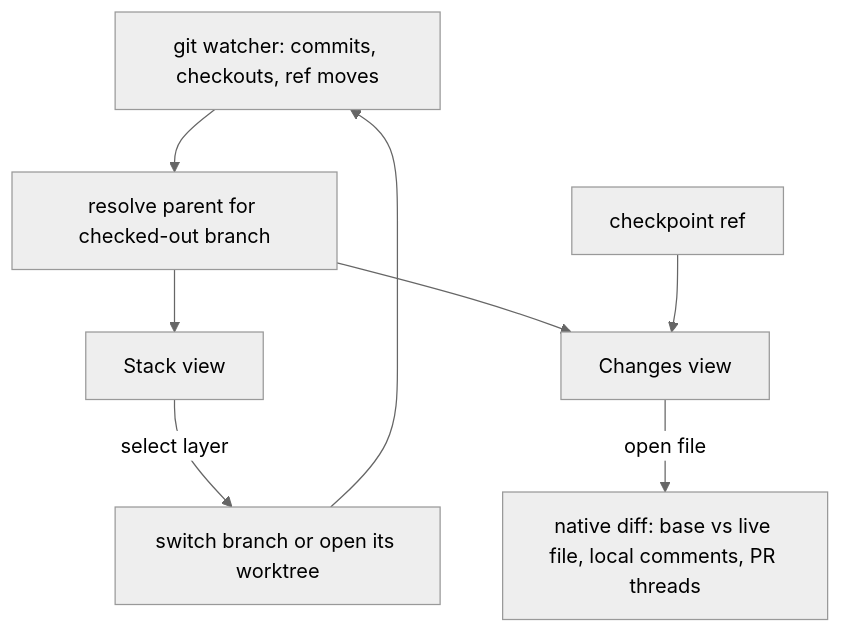
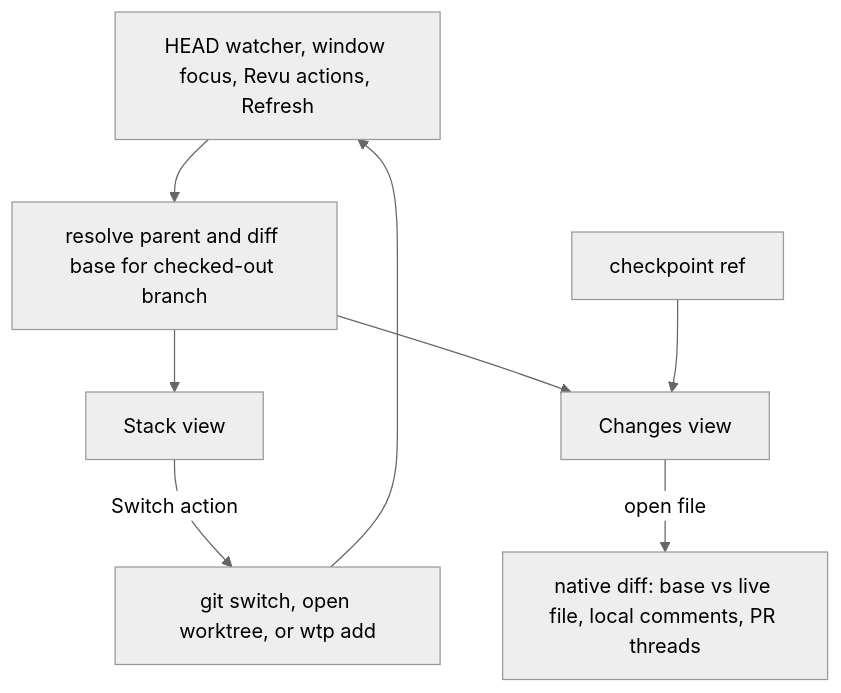
The diagram in plans/design-2026-11-26-stack-review.md (Broderick-Westrope/revu), drawn with Mermaid (neutral theme) before and after one commit. The commit also changed other lines of this file, not shown here.

Commit message:
Revise stack review design after first devil's advocate round

````diff
--- a/plans/design-2026-11-26-stack-review.md
+++ b/plans/design-2026-11-26-stack-review.md
@@ -30,10 +30,10 @@
 ```mermaid
 flowchart TD
-  Watcher["git watcher: commits, checkouts, ref moves"] --> Resolve
-  Resolve["resolve parent for checked-out branch"] --> Stack["Stack view"]
+  Events["HEAD watcher, window focus, Revu actions, Refresh"] --> Resolve
+  Resolve["resolve parent and diff base for checked-out branch"] --> Stack["Stack view"]
   Resolve --> Changes["Changes view"]
   CP["checkpoint ref"] --> Changes
   Changes -->|open file| Diff["native diff: base vs live file, local comments, PR threads"]
-  Stack -->|select layer| Switch["switch branch or open its worktree"]
-  Switch --> Watcher
+  Stack -->|Switch action| Switch["git switch, open worktree, or wtp add"]
+  Switch --> Events
 ```
````
